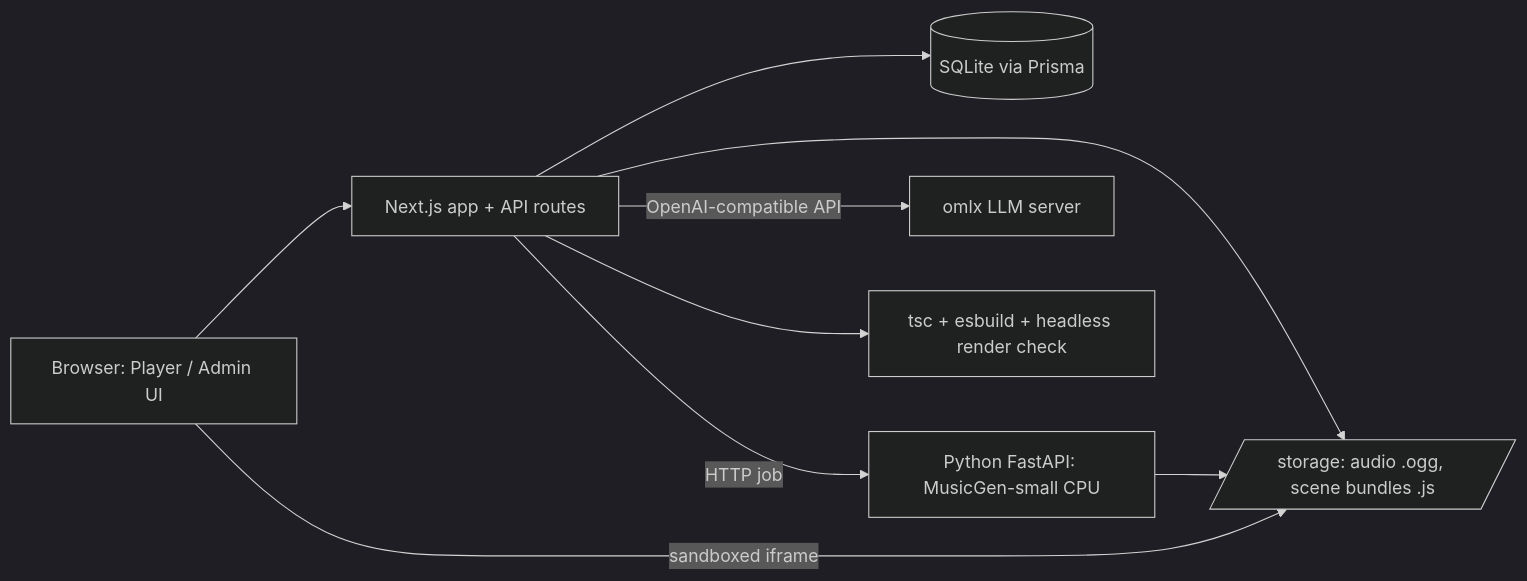
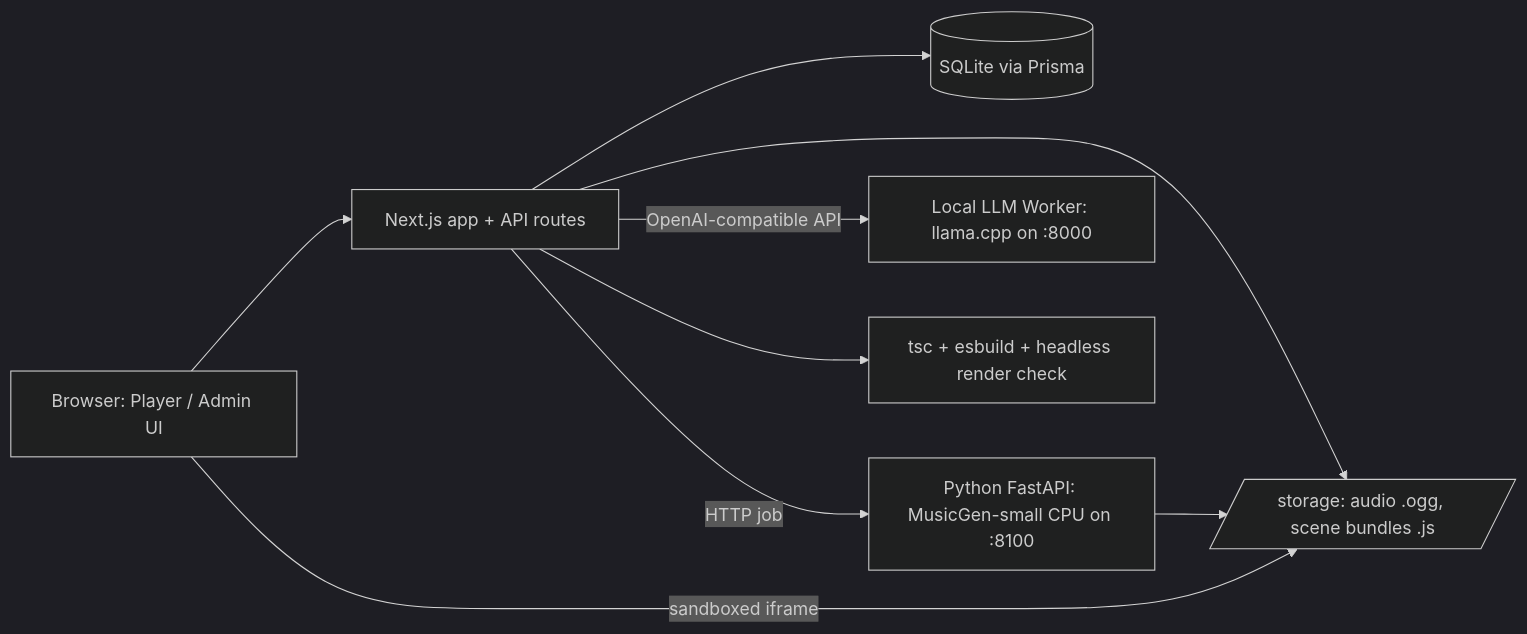
One commit to evilcoder13/TimeDrift changed the diagram in docs/PLAN.md. Above: the diagram before and after it, drawn with Mermaid (dark theme). The commit also changed other lines of this file and 8 other files, not shown here.

Commit message:
docs: update architecture, setup guides, and ADRs with lightweight local LLM worker and offline Docker stack

````diff
--- a/docs/PLAN.md
+++ b/docs/PLAN.md
@@ -26,11 +26,11 @@
 ```mermaid
 flowchart LR
   U[Browser: Player / Admin UI] --> N[Next.js app + API routes]
   N --> DB[(SQLite via Prisma)]
   N --> FS[/storage: audio .ogg, scene bundles .js/]
-  N -- HTTP job --> W[Python FastAPI: MusicGen-small CPU]
+  N -- HTTP job --> W[Python FastAPI: MusicGen-small CPU on :8100]
   W --> FS
-  N -- OpenAI-compatible API --> O[omlx LLM server]
+  N -- OpenAI-compatible API --> L[Local LLM Worker: llama.cpp on :8000]
   N --> V[tsc + esbuild + headless render check]
   U -- sandboxed iframe --> FS
 ```
````
